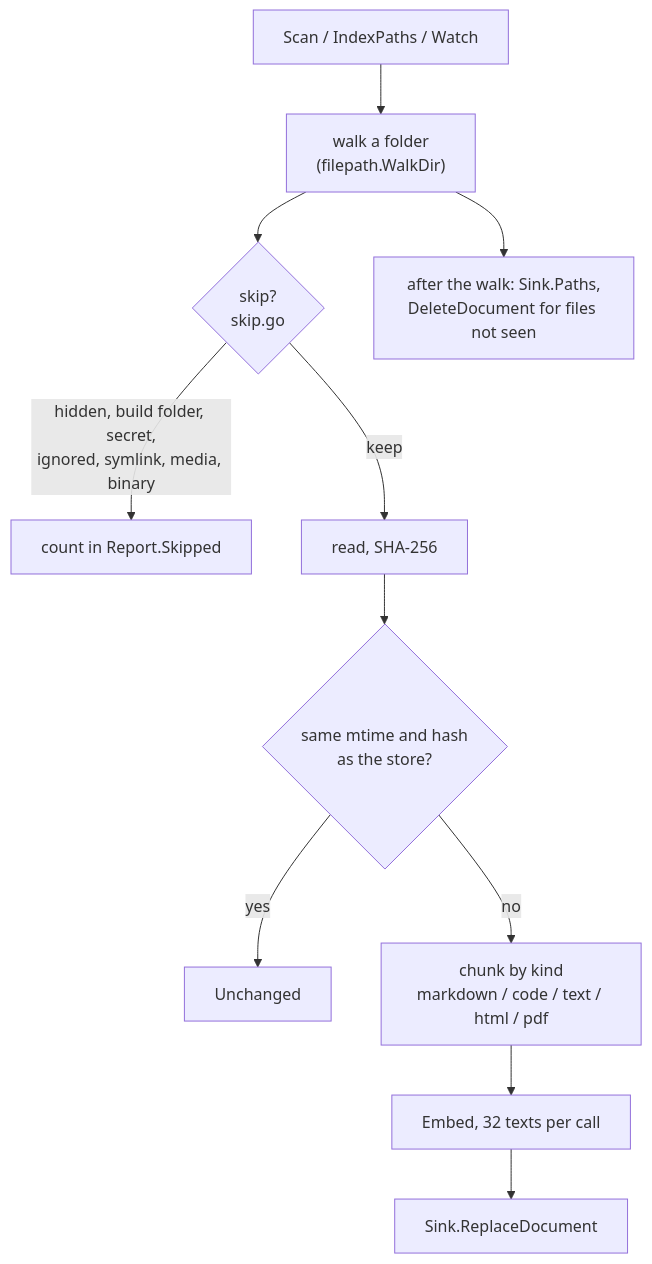
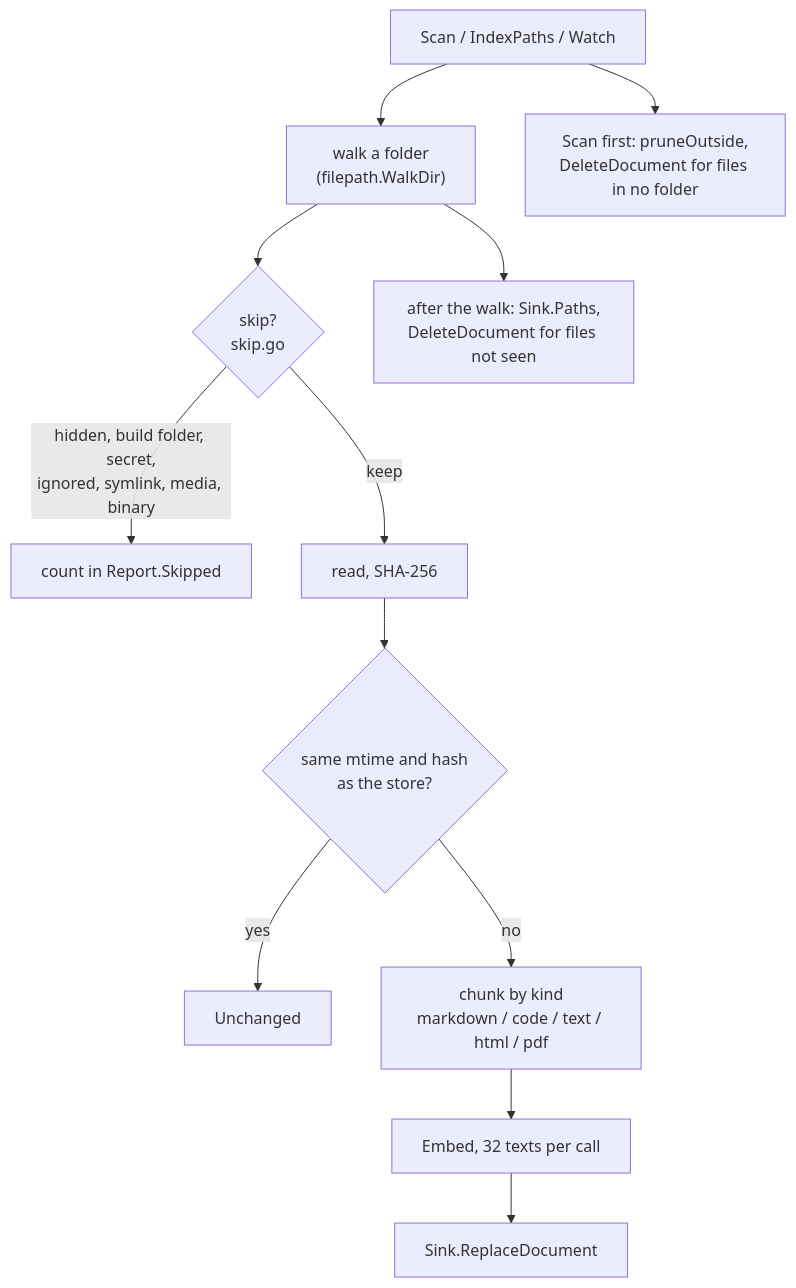
The diagram in docs/coding-notes/index.md (aarora79/meru), drawn with Mermaid before and after one commit. The commit also changed other lines of this file and 8 other files, not shown here.

````diff
--- a/docs/coding-notes/index.md
+++ b/docs/coding-notes/index.md
@@ -29,13 +29,14 @@
 ```mermaid
 flowchart TD
     S["Scan / IndexPaths / Watch"] --> W["walk a folder<br/>(filepath.WalkDir)"]
     W --> K{"skip?<br/>skip.go"}
     K -- "hidden, build folder, secret,<br/>ignored, symlink, media, binary" --> R["count in Report.Skipped"]
     K -- keep --> H["read, SHA-256"]
     H --> U{"same mtime and hash<br/>as the store?"}
     U -- yes --> N["Unchanged"]
     U -- no --> C["chunk by kind<br/>markdown / code / text / html / pdf"]
     C --> E["Embed, 32 texts per call"]
     E --> P["Sink.ReplaceDocument"]
     W --> D["after the walk: Sink.Paths,<br/>DeleteDocument for files not seen"]
+    S --> O["Scan first: pruneOutside,<br/>DeleteDocument for files in no folder"]
 ```
````
